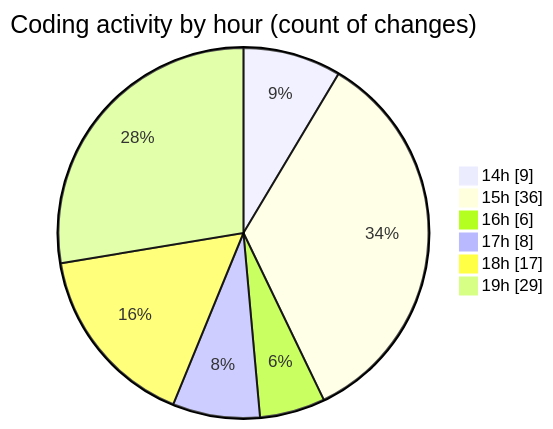
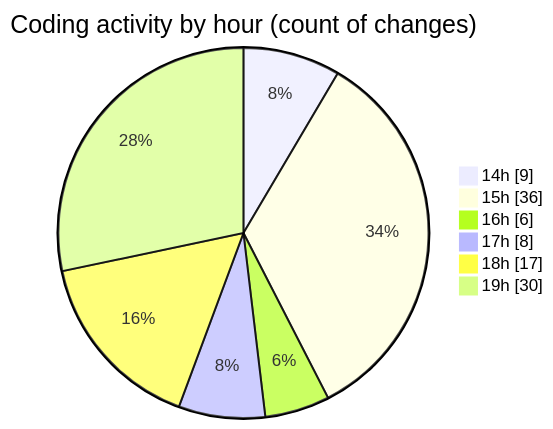
The second of 2 diagrams in 2025-06-17/projects/README.md (Ritupan-Deka/code-tracking), drawn with Mermaid before and after one commit. The commit also changed other lines of this file and 1 other file, not shown here.

````diff
--- a/2025-06-17/projects/README.md
+++ b/2025-06-17/projects/README.md
@@ -29,10 +29,10 @@
 ```mermaid
 pie showData
 title Coding activity by hour (count of changes)
 "14h" : 9
 "15h" : 36
 "16h" : 6
 "17h" : 8
 "18h" : 17
-"19h" : 29
+"19h" : 30
 ```
````
